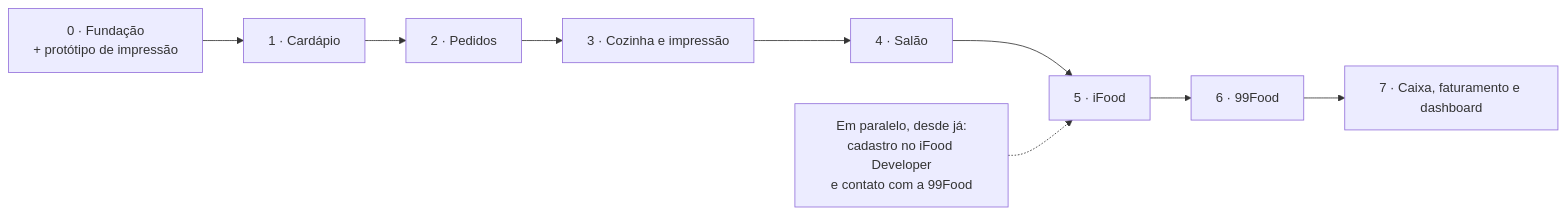
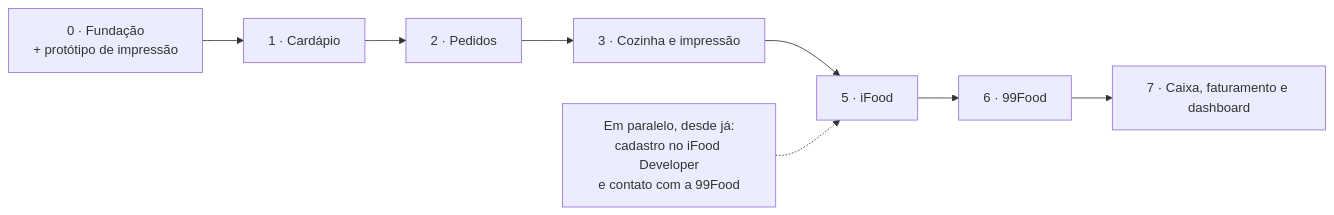
Before and after one commit to Kawa-Vinicius-Dev/pedeai: the diagram in docs/06-roadmap.md, drawn with Mermaid. The commit also changed other lines of this file and 15 other files, not shown here.

First line of the commit message:
feat: cria telas do iFood e tira o salão do escopo

````diff
--- a/docs/06-roadmap.md
+++ b/docs/06-roadmap.md
@@ -7,11 +7,10 @@
 ```mermaid
 flowchart LR
     E0["0 · Fundação<br/>+ protótipo de impressão"] --> E1["1 · Cardápio"]
     E1 --> E2["2 · Pedidos"]
     E2 --> E3["3 · Cozinha e impressão"]
-    E3 --> E4["4 · Salão"]
-    E4 --> E5["5 · iFood"]
+    E3 --> E5["5 · iFood"]
     E5 --> E6["6 · 99Food"]
     E6 --> E7["7 · Caixa, faturamento e dashboard"]
     P["Em paralelo, desde já:<br/>cadastro no iFood Developer<br/>e contato com a 99Food"] -.-> E5
 ```
````
